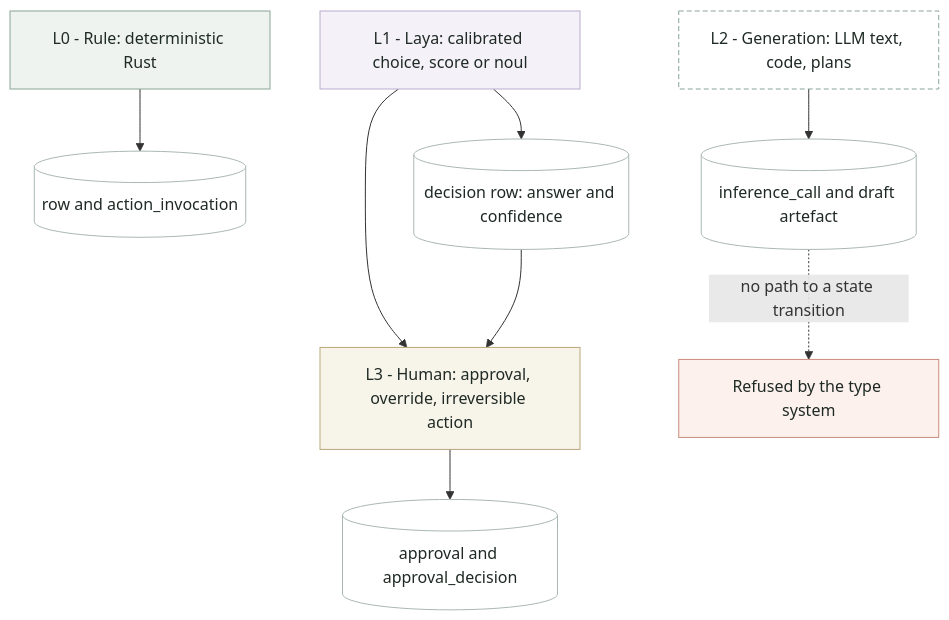
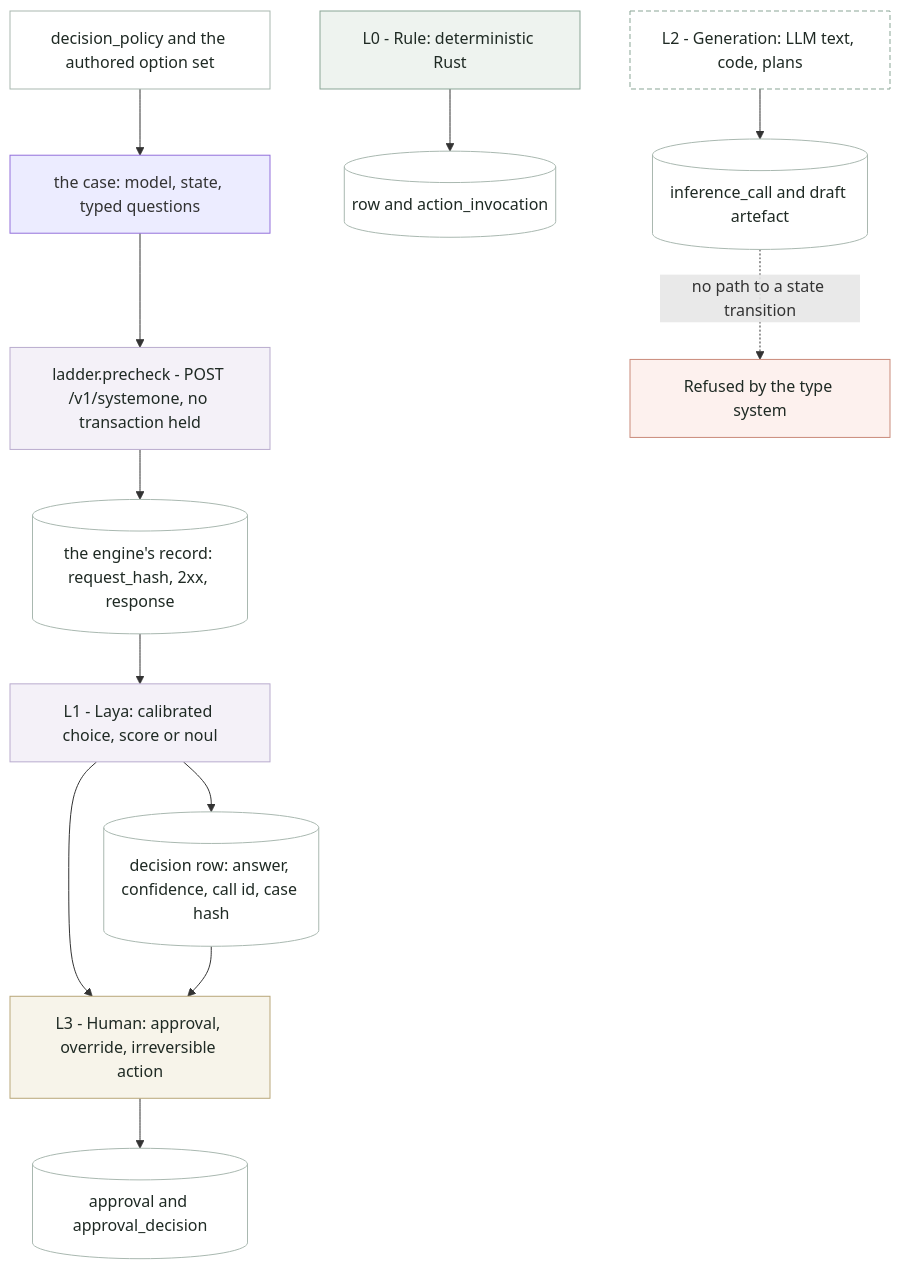
The diagram in docs/design/architecture/diagrams/decision-ladder.mmd (nonagenticai/conveyor), drawn with Mermaid before and after one commit. The commit also changed 6 other files, not shown here.

First line of the commit message:
docs: S21 step 10 — the build plan, CONTRACT §28, DATA-ARCH §2.31 and the L1 diagram (#656)

```diff
--- a/docs/design/architecture/diagrams/decision-ladder.mmd
+++ b/docs/design/architecture/diagrams/decision-ladder.mmd
@@ -1,22 +1,30 @@
 flowchart TD
   L0["L0 - Rule: deterministic Rust"]:::rule
+  P["decision_policy and the authored option set"]:::row
+  C["the case: model, state, typed questions"]
+  K["ladder.precheck - POST /v1/systemone, no transaction held"]:::laya
+  V[("the engine's record: request_hash, 2xx, response")]:::row
   L1["L1 - Laya: calibrated choice, score or noul"]:::laya
   L2["L2 - Generation: LLM text, code, plans"]:::gen
   L3["L3 - Human: approval, override, irreversible action"]:::human
   R0[("row and action_invocation")]:::row
-  R1[("decision row: answer and confidence")]:::row
+  R1[("decision row: answer, confidence, call id, case hash")]:::row
   R2[("inference_call and draft artefact")]:::row
   R3[("approval and approval_decision")]:::row
   L0 --> R0
+  P --> C
+  C --> K
+  K --> V
+  V --> L1
   L1 --> R1
   L2 --> R2
   L3 --> R3
   R2 -. no path to a state transition .-> X["Refused by the type system"]:::refused
   L1 --> L3
   R1 --> L3
   classDef rule fill:#eef3ef,stroke:#8aa596,color:#1f2a24
   classDef laya fill:#f4f1f8,stroke:#b9acce,color:#1f2a24
   classDef gen fill:#ffffff,stroke:#8aa596,stroke-dasharray:5 3,color:#1f2a24
   classDef human fill:#f7f4ea,stroke:#b9a77a,color:#1f2a24
   classDef row fill:#ffffff,stroke:#a9b8b0,color:#1f2a24
   classDef refused fill:#fdf1ee,stroke:#c98b7b,color:#1f2a24
```
